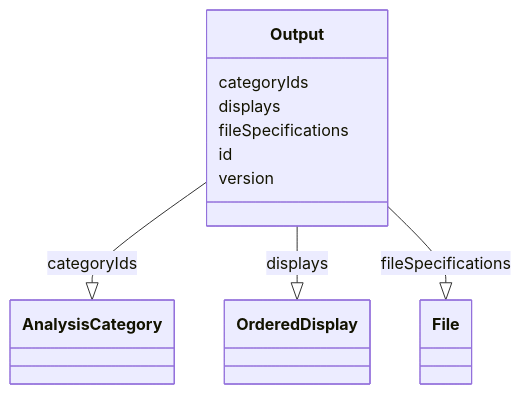
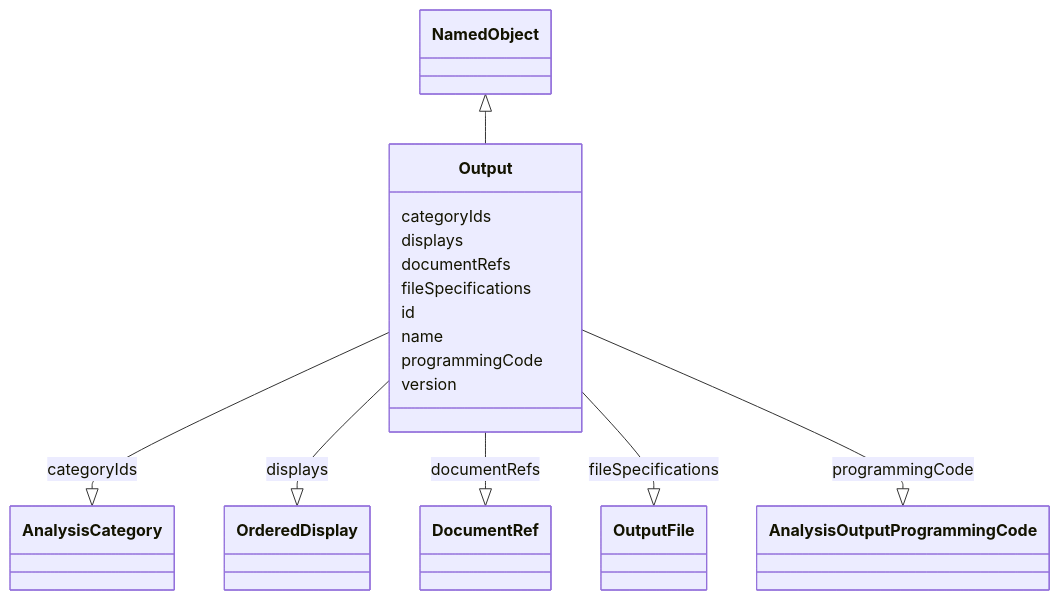
One commit to cdisc-org/analysis-results-standard changed the diagram in project/docs/Output.md. Above: the diagram before and after it, drawn with Mermaid. The commit also changed other lines of this file and 303 other files, not shown here.

````diff
--- a/project/docs/Output.md
+++ b/project/docs/Output.md
@@ -9,21 +14,33 @@
 ```mermaid
  classDiagram
     class Output
+      NamedObject <|-- Output
+      
       Output : categoryIds
         
           Output --|> AnalysisCategory : categoryIds
         
       Output : displays
         
           Output --|> OrderedDisplay : displays
         
+      Output : documentRefs
+        
+          Output --|> DocumentRef : documentRefs
+        
       Output : fileSpecifications
         
-          Output --|> File : fileSpecifications
+          Output --|> OutputFile : fileSpecifications
         
       Output : id
+        
+      Output : name
+        
+      Output : programmingCode
+        
+          Output --|> AnalysisOutputProgrammingCode : programmingCode
         
       Output : version
         
       
 ```
````
